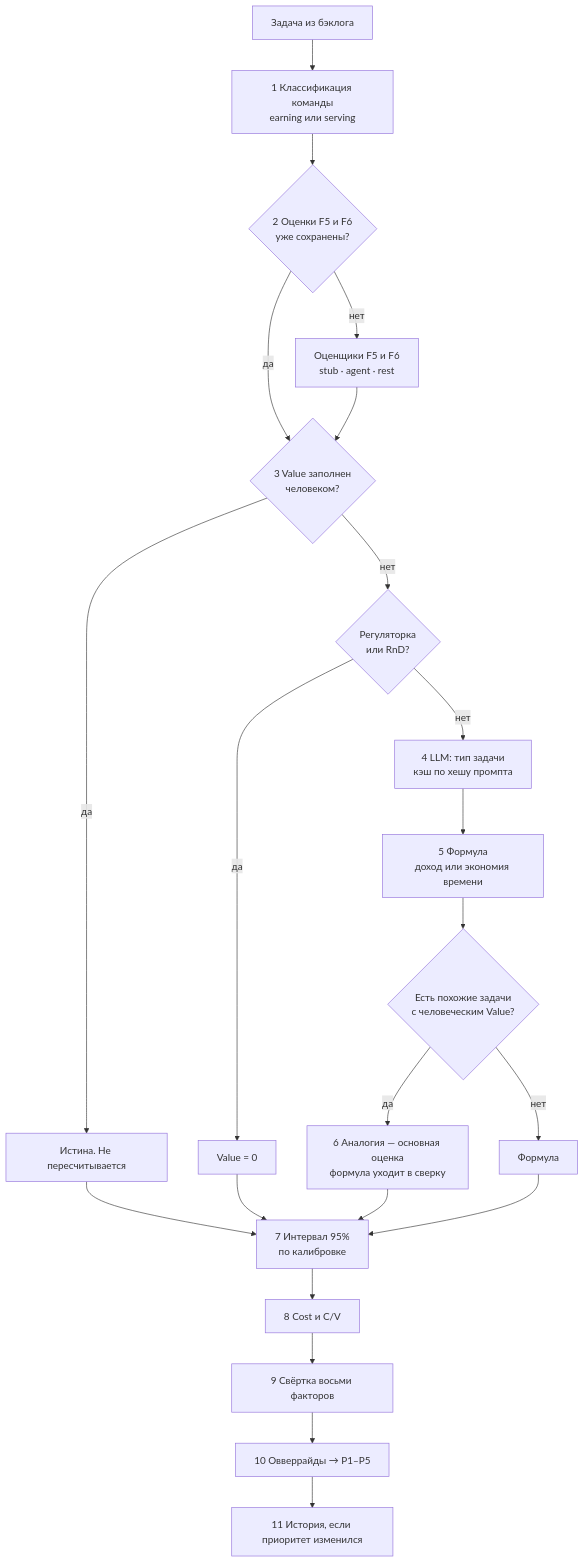
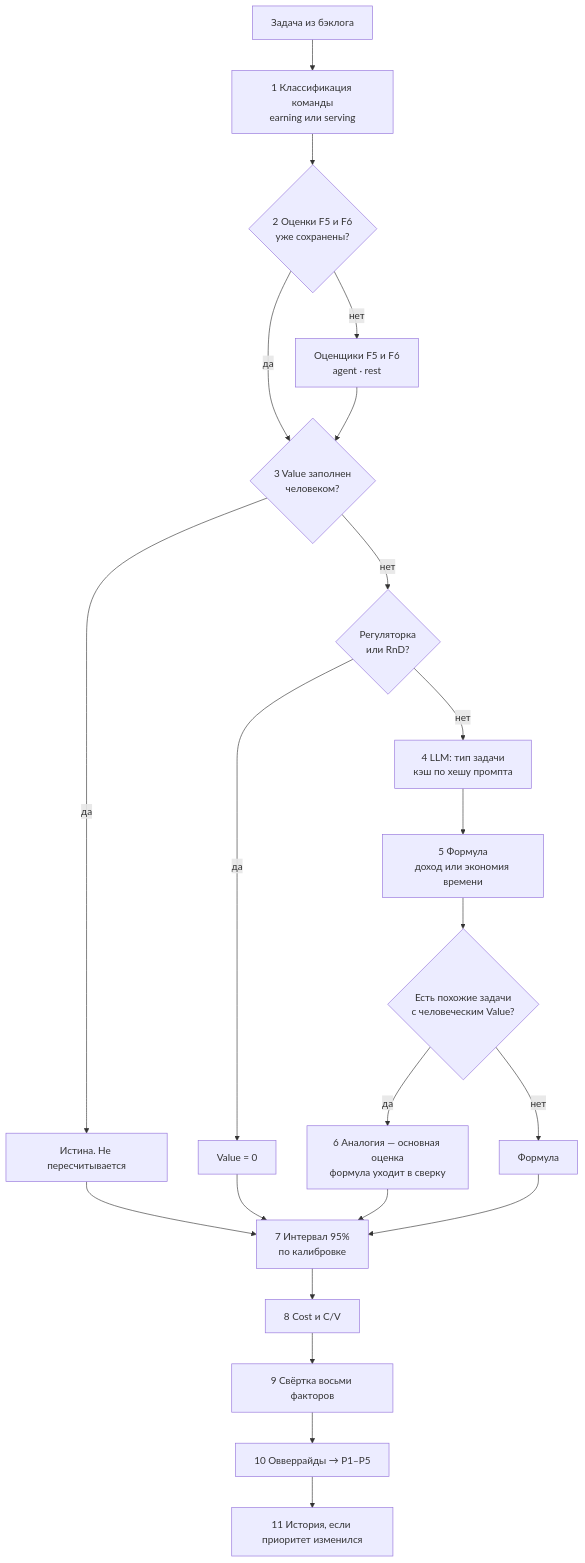
The second of 4 diagrams in prioritiser-agent/docs/ARCHITECTURE.md (tbcommerc/backlog-coordinator), drawn with Mermaid before and after one commit. The commit also changed other lines of this file and 135 other files, not shown here.

````diff
--- a/prioritiser-agent/docs/ARCHITECTURE.md
+++ b/prioritiser-agent/docs/ARCHITECTURE.md
@@ -53,21 +53,21 @@
 ```mermaid
 flowchart TD
     A["Задача из бэклога"] --> B["1 Классификация команды<br/>earning или serving"]
     B --> C{"2 Оценки F5 и F6<br/>уже сохранены?"}
     C -->|да| E
-    C -->|нет| D["Оценщики F5 и F6<br/>stub · agent · rest"]
+    C -->|нет| D["Оценщики F5 и F6<br/>agent · rest"]
     D --> E{"3 Value заполнен<br/>человеком?"}
     E -->|да| F["Истина. Не пересчитывается"]
     E -->|нет| G{"Регуляторка<br/>или RnD?"}
     G -->|да| H["Value = 0"]
     G -->|нет| I["4 LLM: тип задачи<br/>кэш по хешу промпта"]
     I --> J["5 Формула<br/>доход или экономия времени"]
     J --> K{"Есть похожие задачи<br/>с человеческим Value?"}
     K -->|да| L["6 Аналогия — основная оценка<br/>формула уходит в сверку"]
     K -->|нет| M["Формула"]
     F & H & L & M --> N["7 Интервал 95%<br/>по калибровке"]
     N --> O["8 Cost и C/V"]
     O --> P["9 Свёртка восьми факторов"]
     P --> Q["10 Овверрайды → P1–P5"]
     Q --> R["11 История, если приоритет изменился"]
 ```
````
